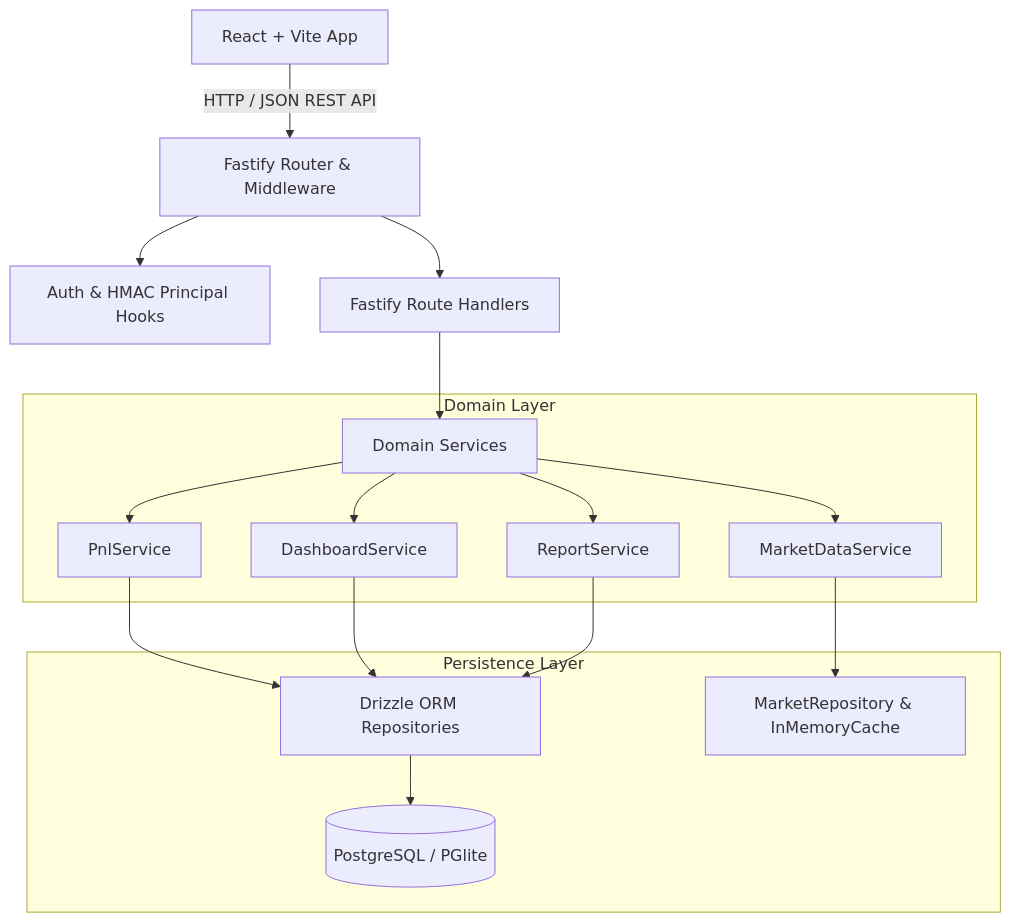
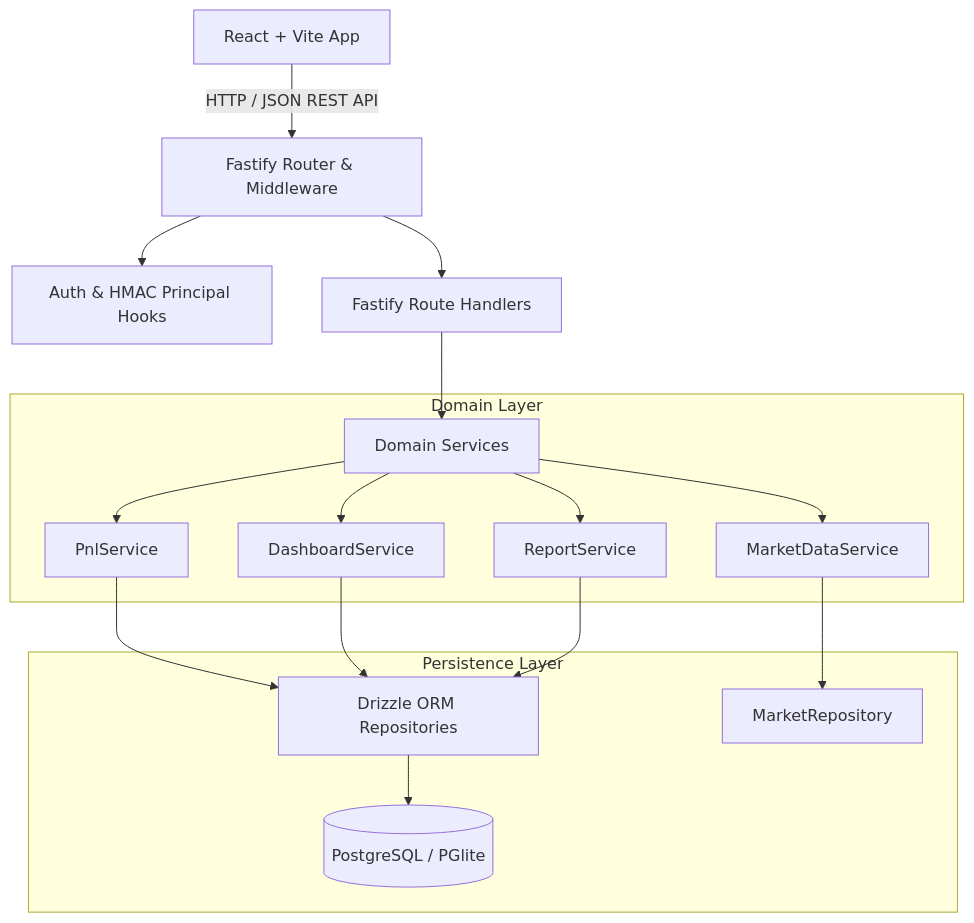
One commit to jar-ce/FinanceCommandCenter changed the first of 2 diagrams in docs/PHASE_19_PERFORMANCE_OPTIMIZATION_PLAN.md. Above: the diagram before and after it, drawn with Mermaid. The commit also changed other lines of this file, not shown here.

````diff
--- a/docs/PHASE_19_PERFORMANCE_OPTIMIZATION_PLAN.md
+++ b/docs/PHASE_19_PERFORMANCE_OPTIMIZATION_PLAN.md
@@ -48,22 +50,22 @@
 ```mermaid
 graph TD
     Client[React + Vite App] -->|HTTP / JSON REST API| Fastify[Fastify Router & Middleware]
     Fastify --> Auth[Auth & HMAC Principal Hooks]
     Fastify --> RouteHandler[Fastify Route Handlers]
     RouteHandler --> Services[Domain Services]
     
     subgraph Domain Layer
         Services --> PnlSvc[PnlService]
         Services --> DashSvc[DashboardService]
         Services --> RepSvc[ReportService]
         Services --> MktSvc[MarketDataService]
     end
     
     subgraph Persistence Layer
         PnlSvc --> Drizzle[Drizzle ORM Repositories]
         DashSvc --> Drizzle
         RepSvc --> Drizzle
-        MktSvc --> MktRepo[MarketRepository & InMemoryCache]
+        MktSvc --> MktRepo[MarketRepository]
         Drizzle --> Postgres[(PostgreSQL / PGlite)]
     end
 ```
````
